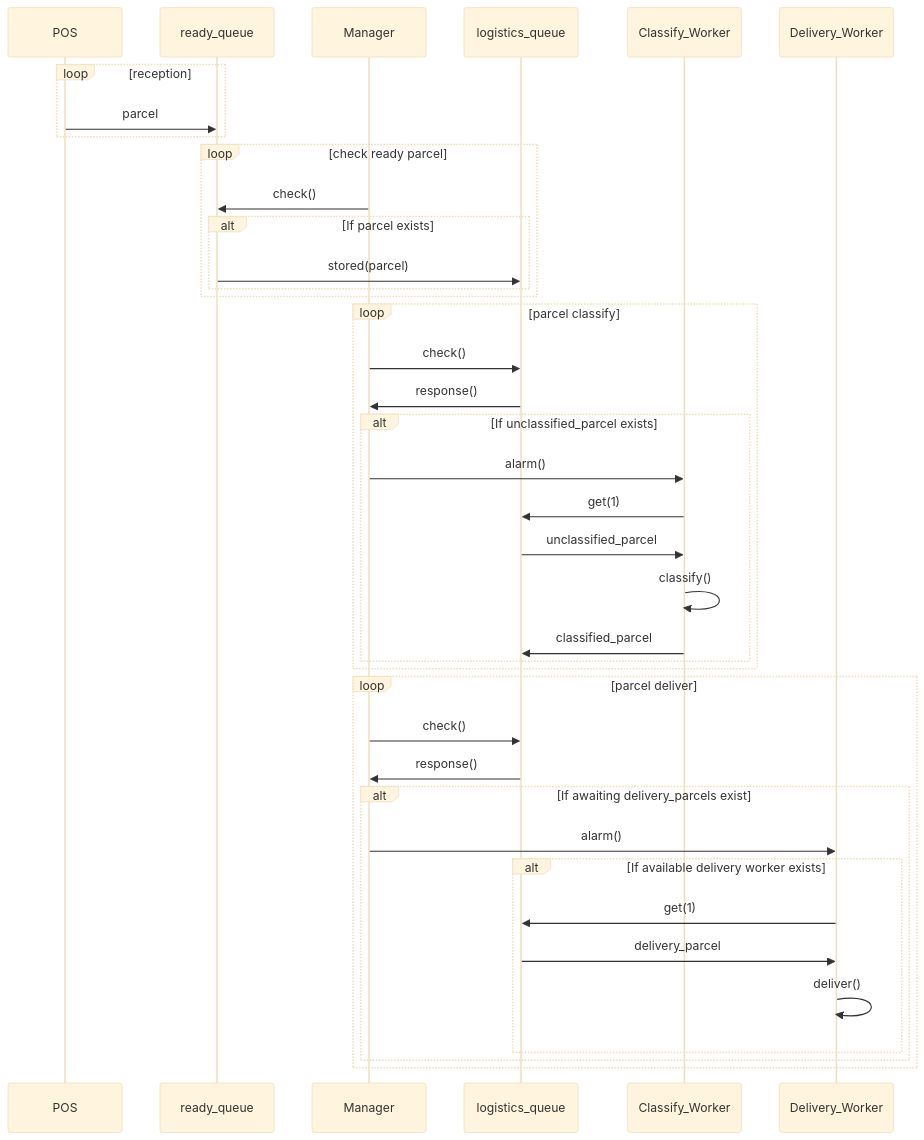
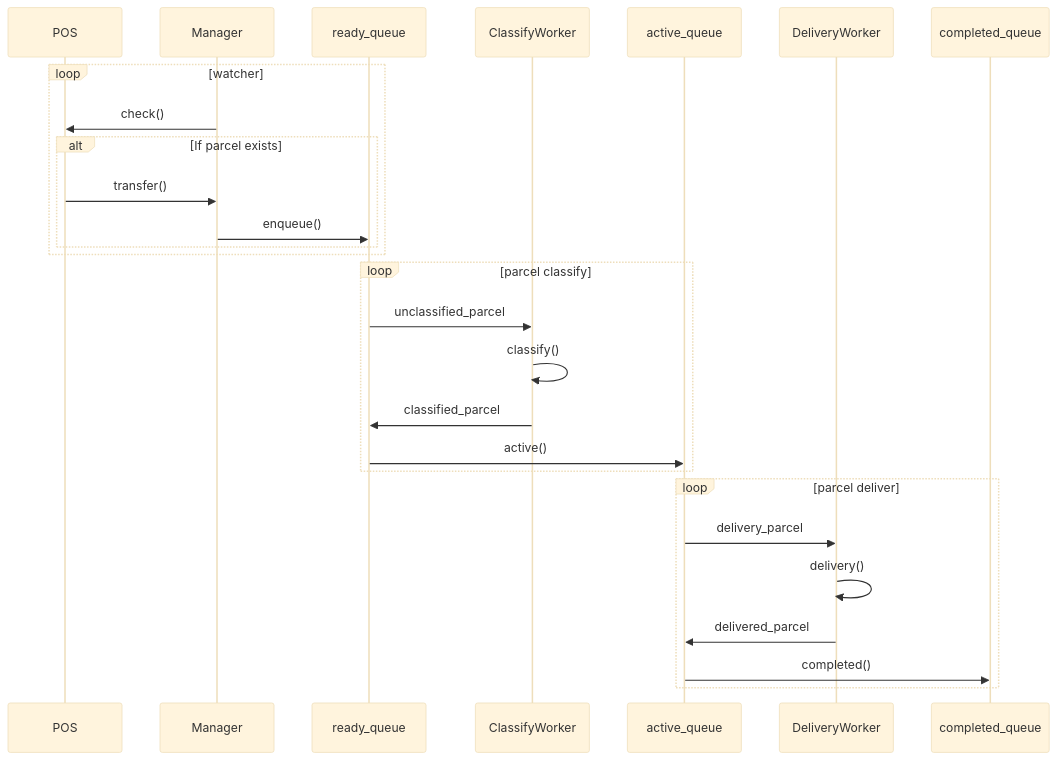
The diagram in README.md (NarciSource/Boostcamp-Challenge), drawn with Mermaid (base theme) before and after one commit. The commit also changed other lines of this file and 7 other files, not shown here.

````diff
--- a/README.md
+++ b/README.md
@@ -56,45 +56,32 @@
 ```mermaid
 sequenceDiagram
     participant POS
+    participant Manager
     participant ready_queue
-    participant Manager
-    participant logistics_queue
-    participant Classify_Worker
-    participant Delivery_Worker
+    participant ClassifyWorker
+    participant active_queue
+    participant DeliveryWorker
+    participant completed_queue
 
-    loop reception
-        POS->>ready_queue: parcel
-    end
-
-    loop check ready parcel
-        Manager->>ready_queue: check()
+    loop watcher
+        Manager->>POS: check()
         alt If parcel exists
-            ready_queue->>logistics_queue: stored(parcel)
+            POS->>Manager: transfer()
+            Manager->>ready_queue: enqueue()
         end
     end
 
     loop parcel classify
-        Manager->>logistics_queue: check()
-        logistics_queue->>Manager: response()
-        alt If unclassified_parcel exists
-            Manager->>Classify_Worker: alarm()
-            Classify_Worker->>logistics_queue: get(1)
-            logistics_queue->>Classify_Worker: unclassified_parcel
-            Classify_Worker->>Classify_Worker: classify()
-            Classify_Worker->>logistics_queue: classified_parcel
-        end
+        ready_queue->>ClassifyWorker: unclassified_parcel
+        ClassifyWorker->>ClassifyWorker: classify()
+        ClassifyWorker->>ready_queue: classified_parcel
+        ready_queue->>active_queue: active()
     end
 
     loop parcel deliver
-        Manager->>logistics_queue: check()
-        logistics_queue->>Manager: response()
-        alt If awaiting delivery_parcels exist
-            Manager->>Delivery_Worker: alarm()
-            alt If available delivery worker exists
-                Delivery_Worker->>logistics_queue: get(1)
-                logistics_queue->>Delivery_Worker: delivery_parcel
-                Delivery_Worker->>Delivery_Worker: deliver()
-            end
-        end
+        active_queue->>DeliveryWorker: delivery_parcel
+        DeliveryWorker->>DeliveryWorker: delivery()
+        DeliveryWorker->>active_queue: delivered_parcel
+        active_queue->>completed_queue: completed()
     end
 ```
````
